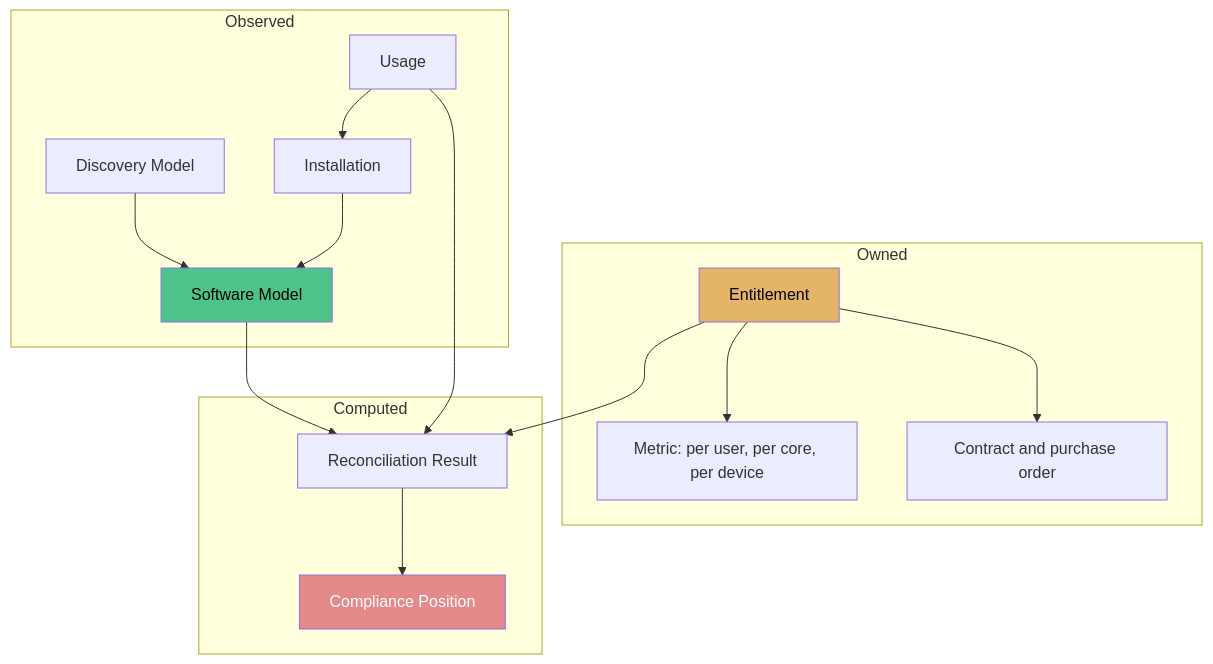
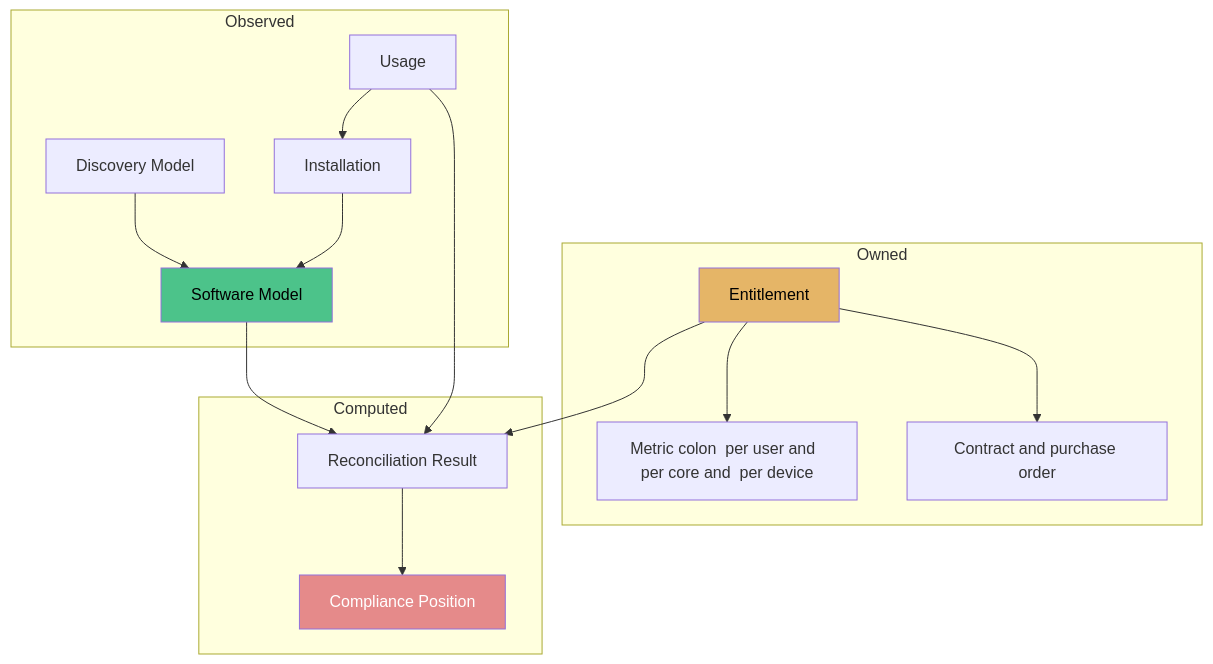
One commit to eltonaguiar/ServiceNow_Learning_TSOM-_CSM_FSM_SalesCRM_HAM_ITSM changed the second of 8 diagrams in docs/modules/sam/sam-guide.md. Above: the diagram before and after it, drawn with Mermaid. The commit also changed other lines of this file and 19 other files, not shown here.

Commit message:
Fix all Mermaid diagram special characters - replace dollar, parens, slashes, quotes, pipes, nested brackets and other unsafe chars inside brackets with safe alternatives across 19 files

````diff
--- a/docs/modules/sam/sam-guide.md
+++ b/docs/modules/sam/sam-guide.md
@@ -211,21 +211,21 @@
 ```mermaid
 graph TD
     subgraph Owned
-        ENT[Entitlement] --> MET[Metric: per user, per core, per device]
+        ENT[Entitlement] --> MET[Metric colon  per user and  per core and  per device]
         ENT --> CON[Contract and purchase order]
     end
     subgraph Observed
         DISC[Discovery Model] --> NORM[Software Model]
         INST[Installation] --> NORM
         USE[Usage] --> INST
     end
     subgraph Computed
         RECON[Reconciliation Result] --> POS[Compliance Position]
     end
     ENT --> RECON
     NORM --> RECON
     USE --> RECON
     style ENT fill:#e5b567,color:#000
     style NORM fill:#4cc38a,color:#000
     style POS fill:#e58a8a,color:#fff
 ```
````
